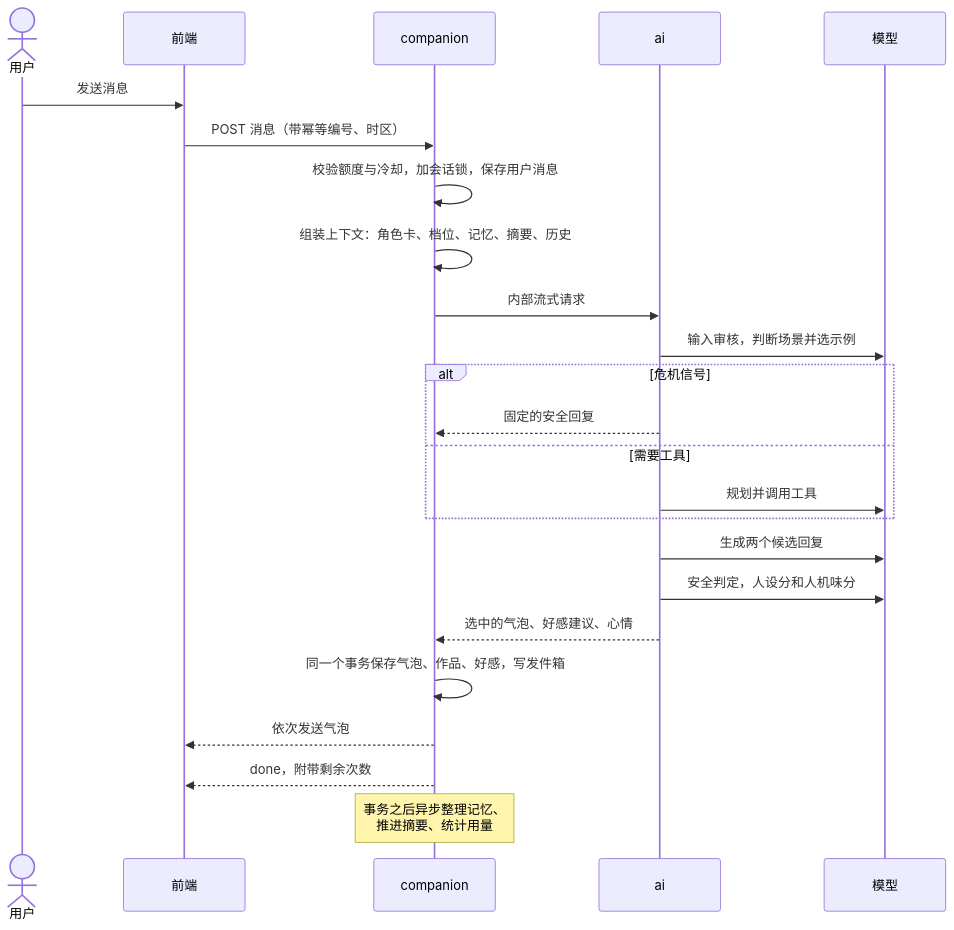
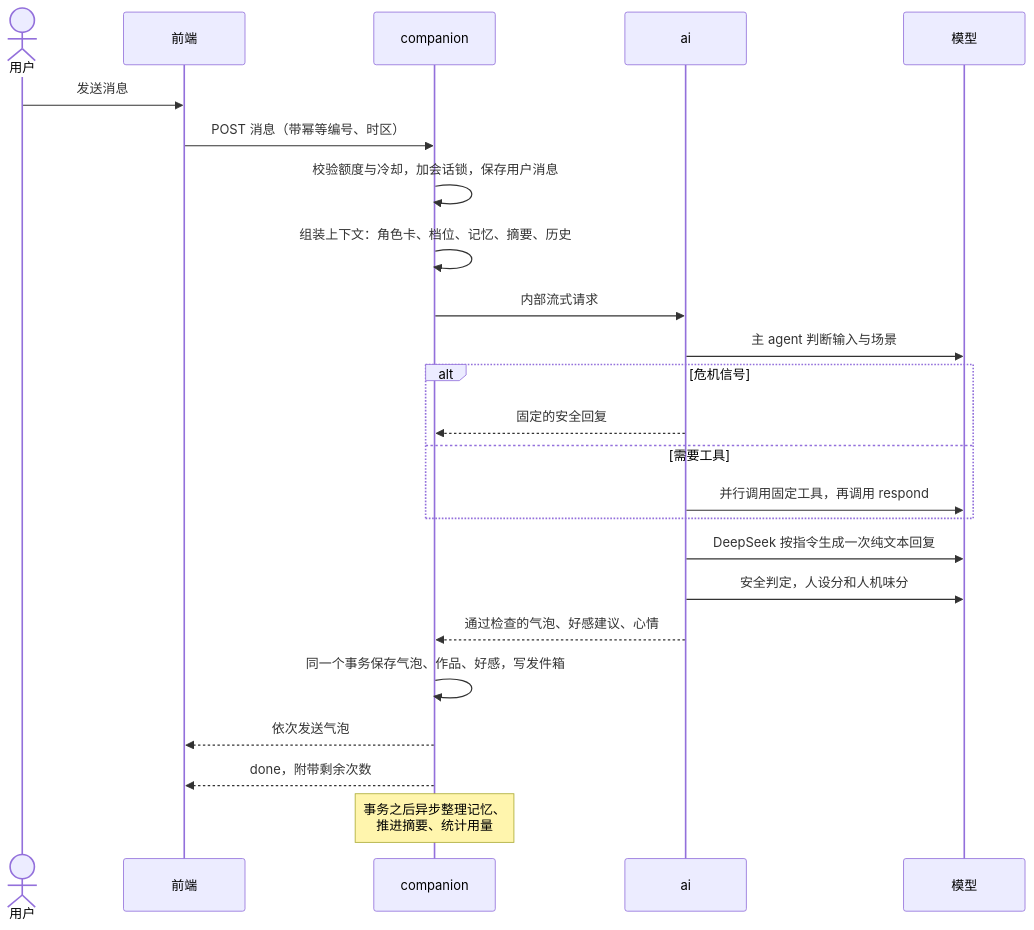
Before and after one commit to pluchon/meng_center: the fifth of 7 diagrams in README.md, drawn with Mermaid. The commit also changed other lines of this file and 170 other files, not shown here.

Commit message:
feat: 新增 AI 公共运行时，萌萌改为 Qwen 主 agent 加 DeepSeek 说话，加入演示视频

````diff
--- a/README.md
+++ b/README.md
@@ -193,26 +197,26 @@
 ```mermaid
 sequenceDiagram
     actor U as 用户
     participant F as 前端
     participant C as companion
     participant A as ai
     participant M as 模型
     U->>F: 发送消息
     F->>C: POST 消息（带幂等编号、时区）
     C->>C: 校验额度与冷却，加会话锁，保存用户消息
     C->>C: 组装上下文：角色卡、档位、记忆、摘要、历史
     C->>A: 内部流式请求
-    A->>M: 输入审核，判断场景并选示例
+    A->>M: 主 agent 判断输入与场景
     alt 危机信号
         A-->>C: 固定的安全回复
     else 需要工具
-        A->>M: 规划并调用工具
+        A->>M: 并行调用固定工具，再调用 respond
     end
-    A->>M: 生成两个候选回复
+    A->>M: DeepSeek 按指令生成一次纯文本回复
     A->>M: 安全判定，人设分和人机味分
-    A-->>C: 选中的气泡、好感建议、心情
+    A-->>C: 通过检查的气泡、好感建议、心情
     C->>C: 同一个事务保存气泡、作品、好感，写发件箱
     C-->>F: 依次发送气泡
     C-->>F: done，附带剩余次数
     Note over C: 事务之后异步整理记忆、<br/>推进摘要、统计用量
 ```
````
